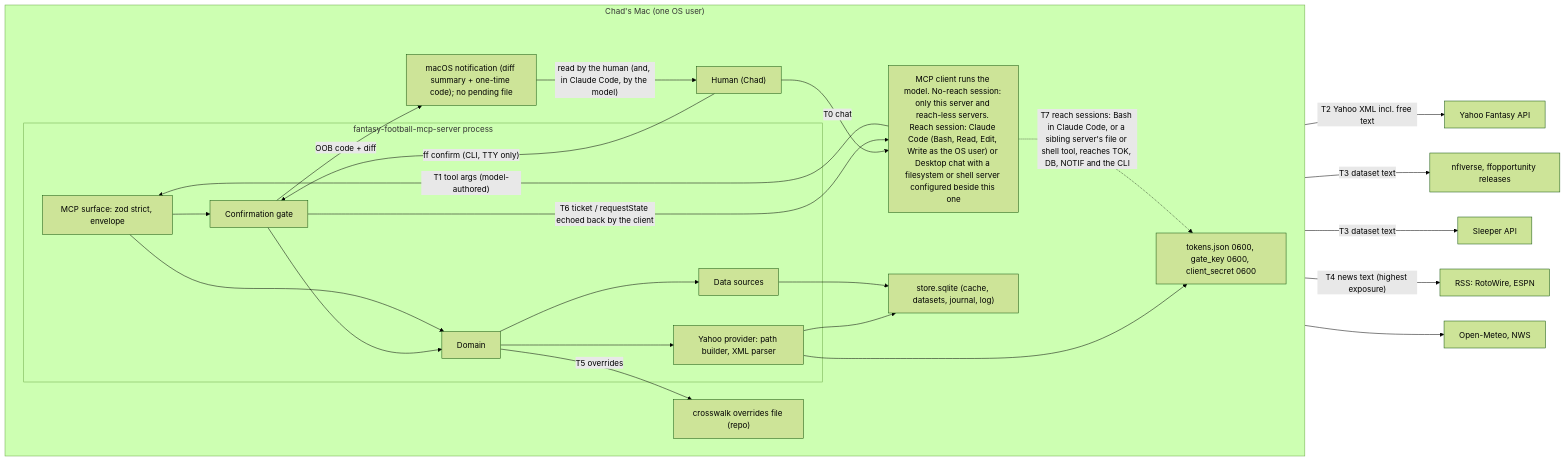
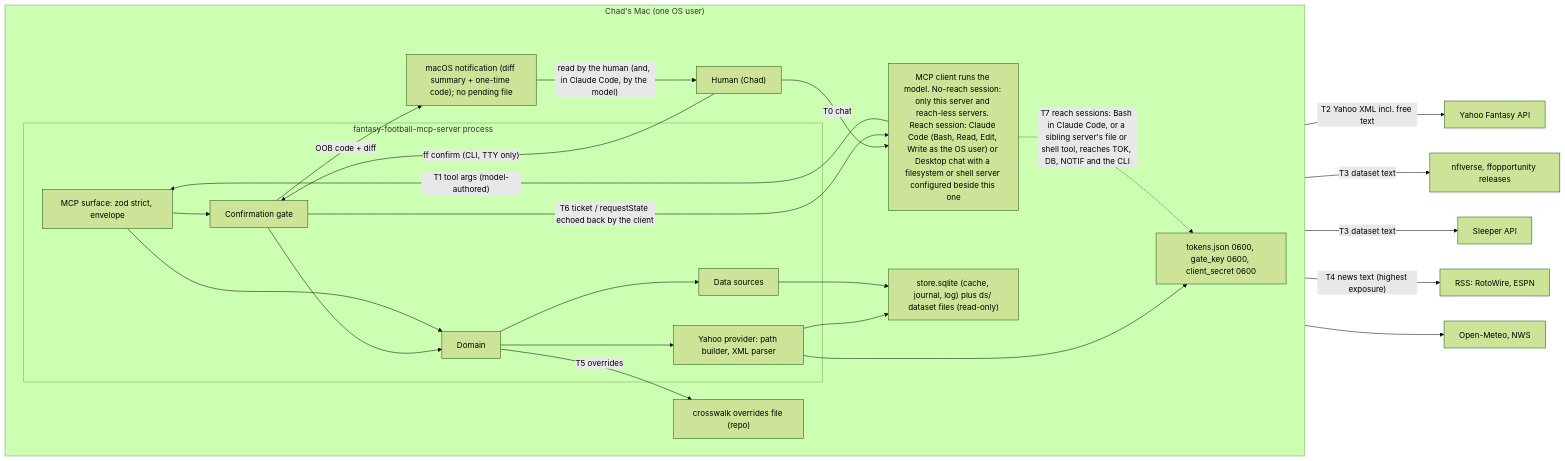
One commit to ChadPapineau/yahoo-fantasy-football-mcp changed the first of 4 diagrams in docs/plan/02-security-architecture.md. Above: the diagram before and after it, drawn with Mermaid (forest theme). The commit also changed 6 other files, not shown here.

First line of the commit message:
docs(plan): round-2 revisions — OBJ-27: per-source dataset files published by atomic rename; server attaches read-only and re-attaches; the main store never takes a dataset write

````diff
--- a/docs/plan/02-security-architecture.md
+++ b/docs/plan/02-security-architecture.md
@@ -37,45 +37,45 @@
 ```mermaid
 flowchart LR
   subgraph MACHINE["Chad's Mac (one OS user)"]
     direction LR
     USER["Human (Chad)"]
     CLIENT["MCP client runs the model. No-reach session: only this server and reach-less servers. Reach session: Claude Code (Bash, Read, Edit, Write as the OS user) or Desktop chat with a filesystem or shell server configured beside this one"]
     subgraph PROC["fantasy-football-mcp-server process"]
       MCPS["MCP surface: zod strict, envelope"]
       GATE["Confirmation gate"]
       DOM["Domain"]
       PROV["Yahoo provider: path builder, XML parser"]
       SRC["Data sources"]
     end
     TOK["tokens.json 0600, gate_key 0600, client_secret 0600"]
-    DB["store.sqlite (cache, datasets, journal, log)"]
+    DB["store.sqlite (cache, journal, log) plus ds/ dataset files (read-only)"]
     OVR["crosswalk overrides file (repo)"]
     NOTIF["macOS notification (diff summary + one-time code); no pending file"]
   end
   YAHOO["Yahoo Fantasy API"]
   NFLV["nflverse, ffopportunity releases"]
   SLEEP["Sleeper API"]
   NEWS["RSS: RotoWire, ESPN"]
   WX["Open-Meteo, NWS"]
 
   USER -- "T0 chat" --> CLIENT
   CLIENT -- "T1 tool args (model-authored)" --> MCPS
   MCPS --> GATE --> DOM
   MCPS --> DOM
   DOM --> PROV
   DOM --> SRC
   PROV -- "T2 Yahoo XML incl. free text" --> YAHOO
   SRC -- "T3 dataset text" --> NFLV
   SRC -- "T3 dataset text" --> SLEEP
   SRC -- "T4 news text (highest exposure)" --> NEWS
   SRC --> WX
   PROV --> TOK
   PROV --> DB
   SRC --> DB
   DOM -- "T5 overrides" --> OVR
   GATE -- "T6 ticket / requestState echoed back by the client" --> CLIENT
   GATE -- "OOB code + diff" --> NOTIF
   NOTIF -- "read by the human (and, in Claude Code, by the model)" --> USER
   USER -- "ff confirm (CLI, TTY only)" --> GATE
   CLIENT -. "T7 reach sessions: Bash in Claude Code, or a sibling server's file or shell tool, reaches TOK, DB, NOTIF and the CLI" .-> TOK
 ```
````
